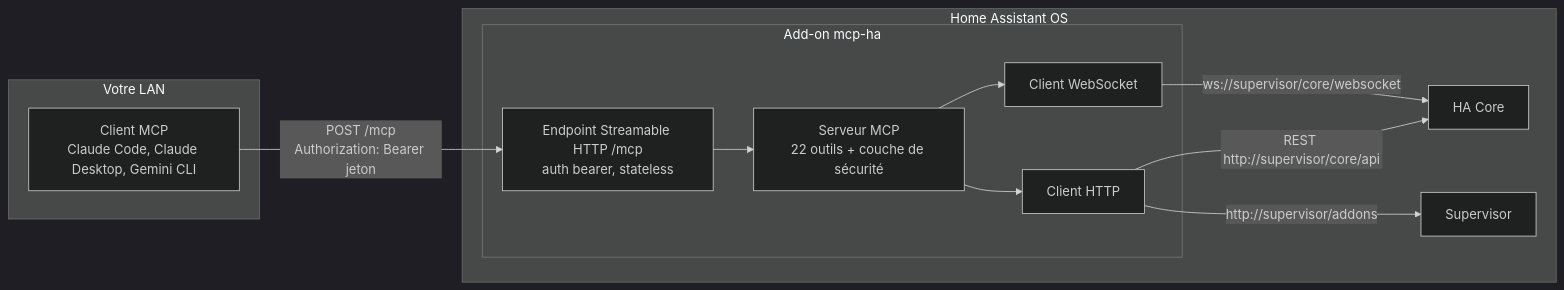
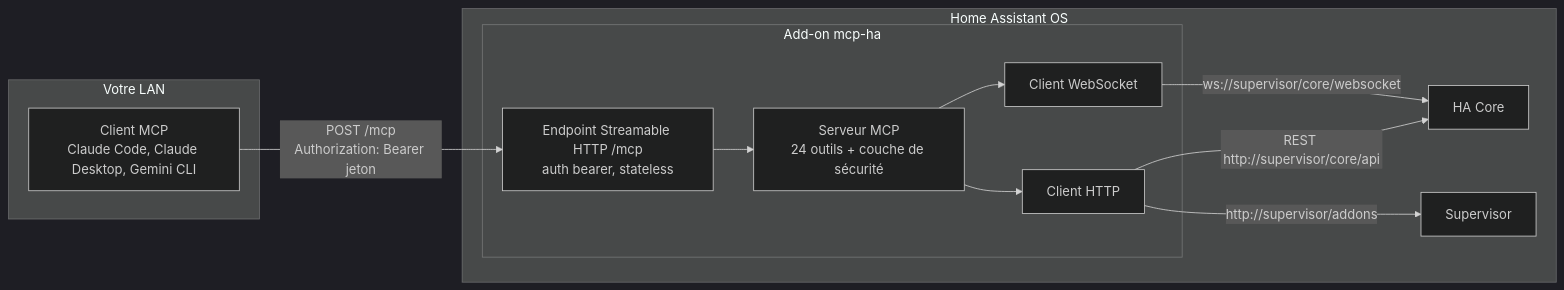
One commit to Devitek/mcp-ha changed the first of 3 diagrams in docs/fr/reference/architecture.md. Above: the diagram before and after it, drawn with Mermaid (dark theme). The commit also changed 20 other files, not shown here.

````diff
--- a/docs/fr/reference/architecture.md
+++ b/docs/fr/reference/architecture.md
@@ -7,23 +7,23 @@
 ```mermaid
 flowchart LR
   subgraph lan["Votre LAN"]
     C["Client MCP<br/>Claude Code, Claude Desktop, Gemini CLI"]
   end
   subgraph haos["Home Assistant OS"]
     subgraph addon["Add-on mcp-ha"]
       T["Endpoint Streamable HTTP /mcp<br/>auth bearer, stateless"]
-      S["Serveur MCP<br/>22 outils + couche de sécurité"]
+      S["Serveur MCP<br/>24 outils + couche de sécurité"]
       W["Client WebSocket"]
       H["Client HTTP"]
       T --> S
       S --> W
       S --> H
     end
     CORE["HA Core"]
     SUP["Supervisor"]
     W -->|"ws://supervisor/core/websocket"| CORE
     H -->|"REST http://supervisor/core/api"| CORE
     H -->|"http://supervisor/addons"| SUP
   end
   C -->|"POST /mcp<br/>Authorization: Bearer jeton"| T
 ```
````
